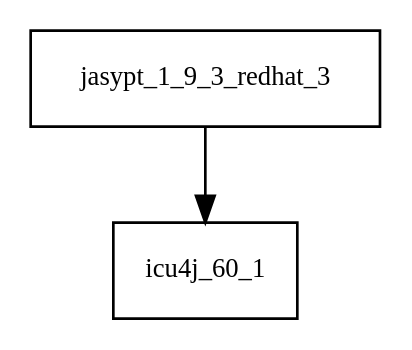
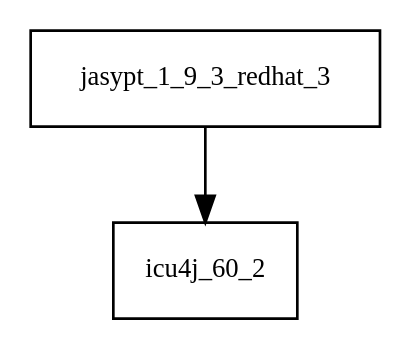
Before and after one commit to AglaianWoman/cia: the diagram in tattleTaleReport/graphviz/jasypt-1.9.3.redhat_3.jar/jasypt-1.9.3.redhat_3.jar.dot, drawn with Graphviz. The commit also changed 2727 other files, not shown here.

```diff
--- a/tattleTaleReport/graphviz/jasypt-1.9.3.redhat_3.jar/jasypt-1.9.3.redhat_3.jar.dot
+++ b/tattleTaleReport/graphviz/jasypt-1.9.3.redhat_3.jar/jasypt-1.9.3.redhat_3.jar.dot
@@ -1,4 +1,4 @@
 digraph jasypt_1_9_3_redhat_3_dependencies {
   node [shape = box, fontsize=10.0];
-  jasypt_1_9_3_redhat_3 -> icu4j_60_1;
+  jasypt_1_9_3_redhat_3 -> icu4j_60_2;
 }
```
